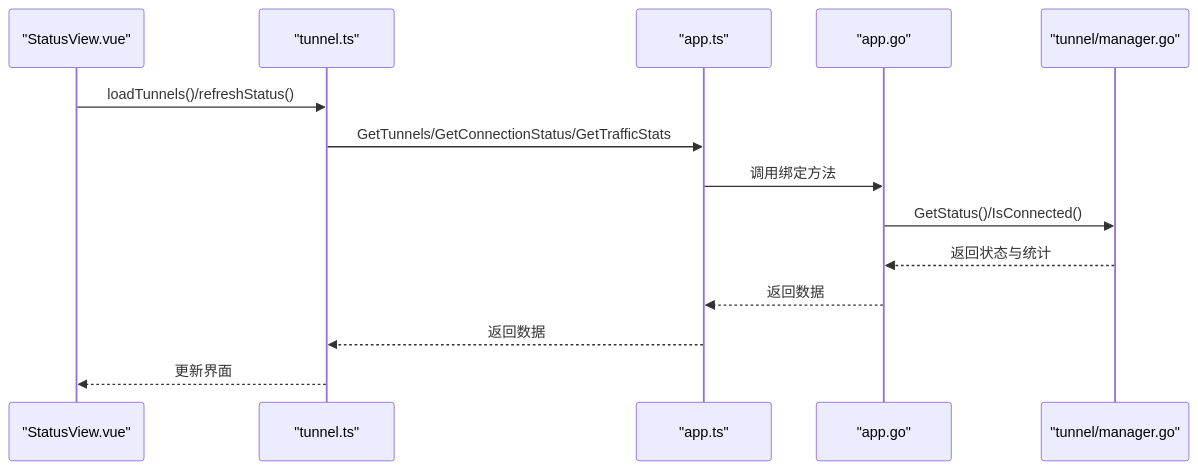
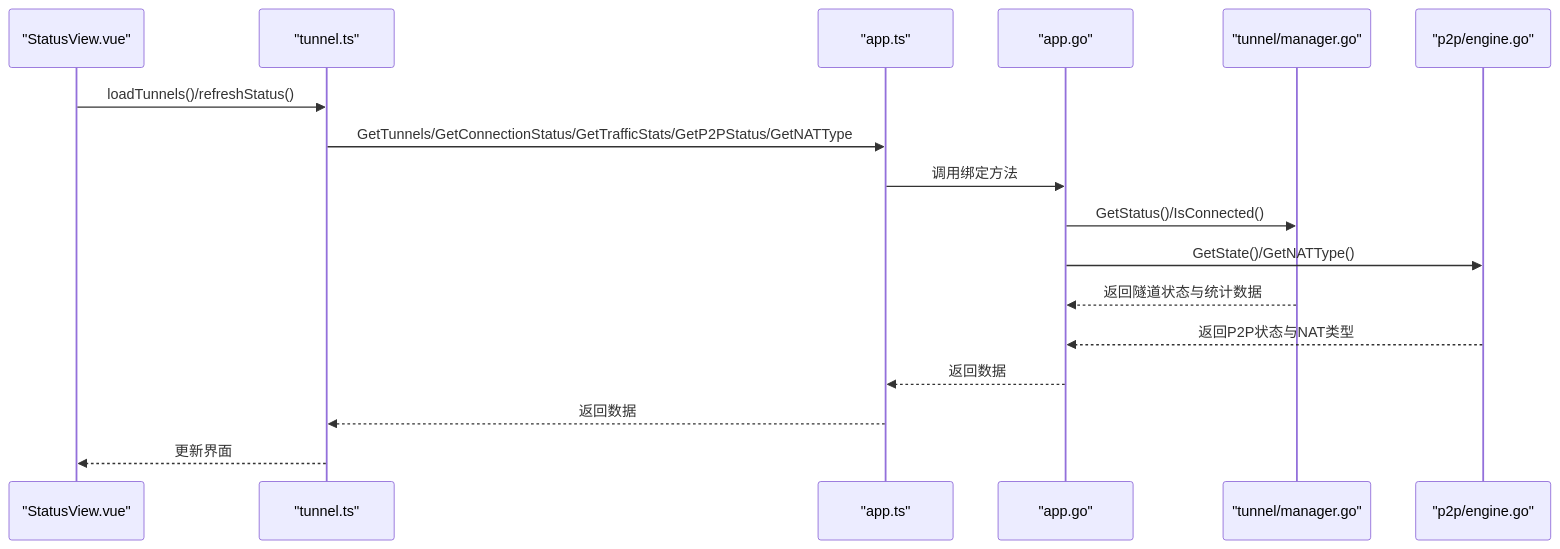
Before and after one commit to itsharex/NexTunnel: the fourth of 7 diagrams in .qoder/repowiki/zh/content/开发者指南/项目进度跟踪.md, drawn with Mermaid. The commit also changed other lines of this file and 6 other files, not shown here.

First line of the commit message:
docs(progress): 更新项目进度，标记 Phase 2 完成并完善相关文档和视图

````diff
--- a/.qoder/repowiki/zh/content/开发者指南/项目进度跟踪.md
+++ b/.qoder/repowiki/zh/content/开发者指南/项目进度跟踪.md
@@ -182,16 +225,19 @@
 ```mermaid
 sequenceDiagram
 participant View as "StatusView.vue"
 participant Store as "tunnel.ts"
 participant API as "app.ts"
 participant App as "app.go"
 participant Manager as "tunnel/manager.go"
+participant P2PEng as "p2p/engine.go"
 View->>Store : loadTunnels()/refreshStatus()
-Store->>API : GetTunnels/GetConnectionStatus/GetTrafficStats
+Store->>API : GetTunnels/GetConnectionStatus/GetTrafficStats/GetP2PStatus/GetNATType
 API->>App : 调用绑定方法
 App->>Manager : GetStatus()/IsConnected()
-Manager-->>App : 返回状态与统计
+App->>P2PEng : GetState()/GetNATType()
+Manager-->>App : 返回隧道状态与统计数据
+P2PEng-->>App : 返回P2P状态与NAT类型
 App-->>API : 返回数据
 API-->>Store : 返回数据
 Store-->>View : 更新界面
 ```
````
